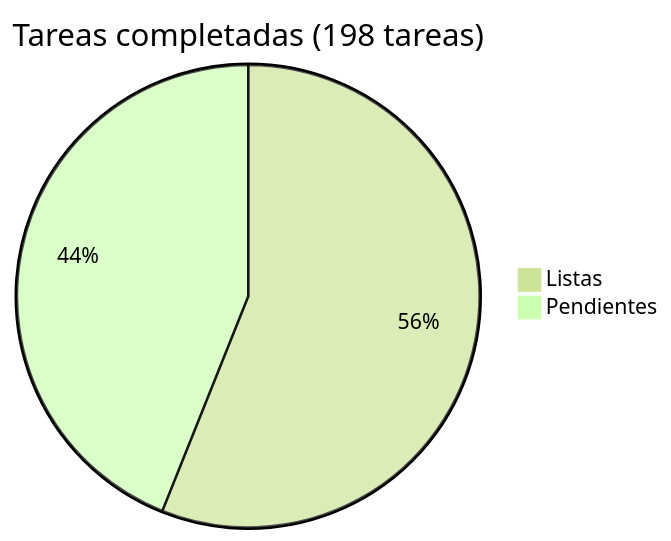
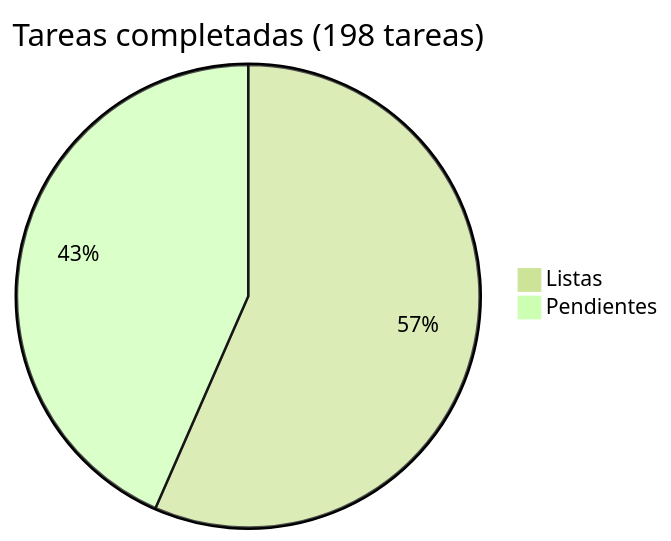
The diagram in docs/roadmap/README.md (araguaney-lat/araguaney), drawn with Mermaid (forest theme) before and after one commit. The commit also changed other lines of this file and 7 other files, not shown here.

````diff
--- a/docs/roadmap/README.md
+++ b/docs/roadmap/README.md
@@ -5,5 +5,5 @@
 ```mermaid
 pie title Tareas completadas (198 tareas)
-    "Listas" : 111
-    "Pendientes" : 87
+    "Listas" : 112
+    "Pendientes" : 86
 ```
````
